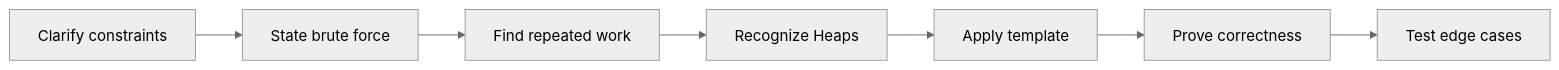
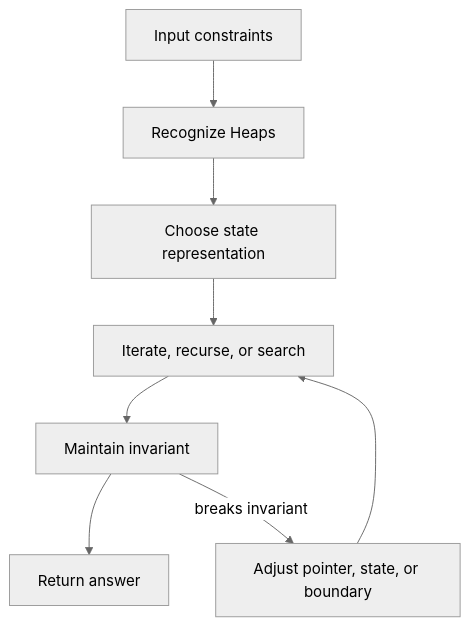
The second of 2 diagrams in coding-round/data-structures/heaps/index.md (abstractinterviews/abstractinterviews.github.io), drawn with Mermaid (neutral theme) before and after one commit. The commit also changed other lines of this file and 278 other files, not shown here.

````diff
--- a/coding-round/data-structures/heaps/index.md
+++ b/coding-round/data-structures/heaps/index.md
@@ -123,9 +121,10 @@
-~~~mermaid
-flowchart LR
-    A["Clarify constraints"] --> B["State brute force"]
-    B --> C["Find repeated work"]
-    C --> D["Recognize Heaps"]
-    D --> E["Apply template"]
-    E --> F["Prove correctness"]
-    F --> G["Test edge cases"]
-~~~
+```mermaid
+flowchart TD
+    Input["Input constraints"] --> Pattern["Recognize Heaps"]
+    Pattern --> State["Choose state representation"]
+    State --> Iterate["Iterate, recurse, or search"]
+    Iterate --> Check["Maintain invariant"]
+    Check --> Result["Return answer"]
+    Check -->|breaks invariant| Fix["Adjust pointer, state, or boundary"]
+    Fix --> Iterate
+```
````
